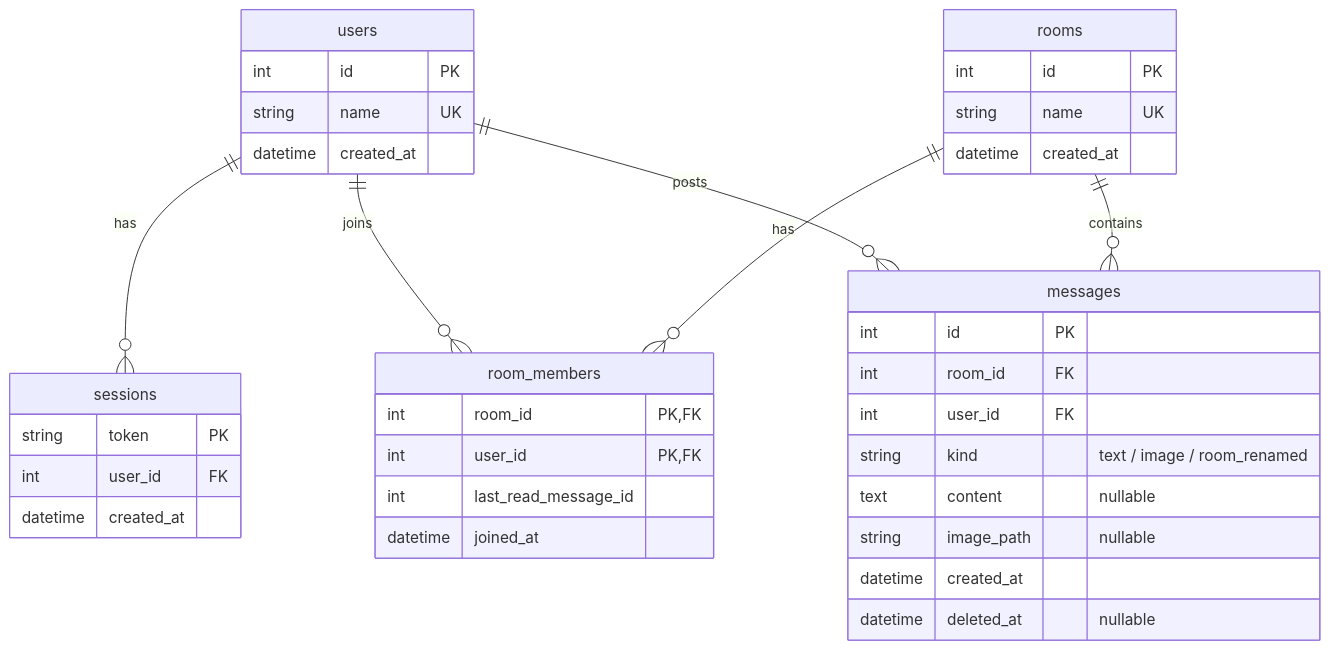
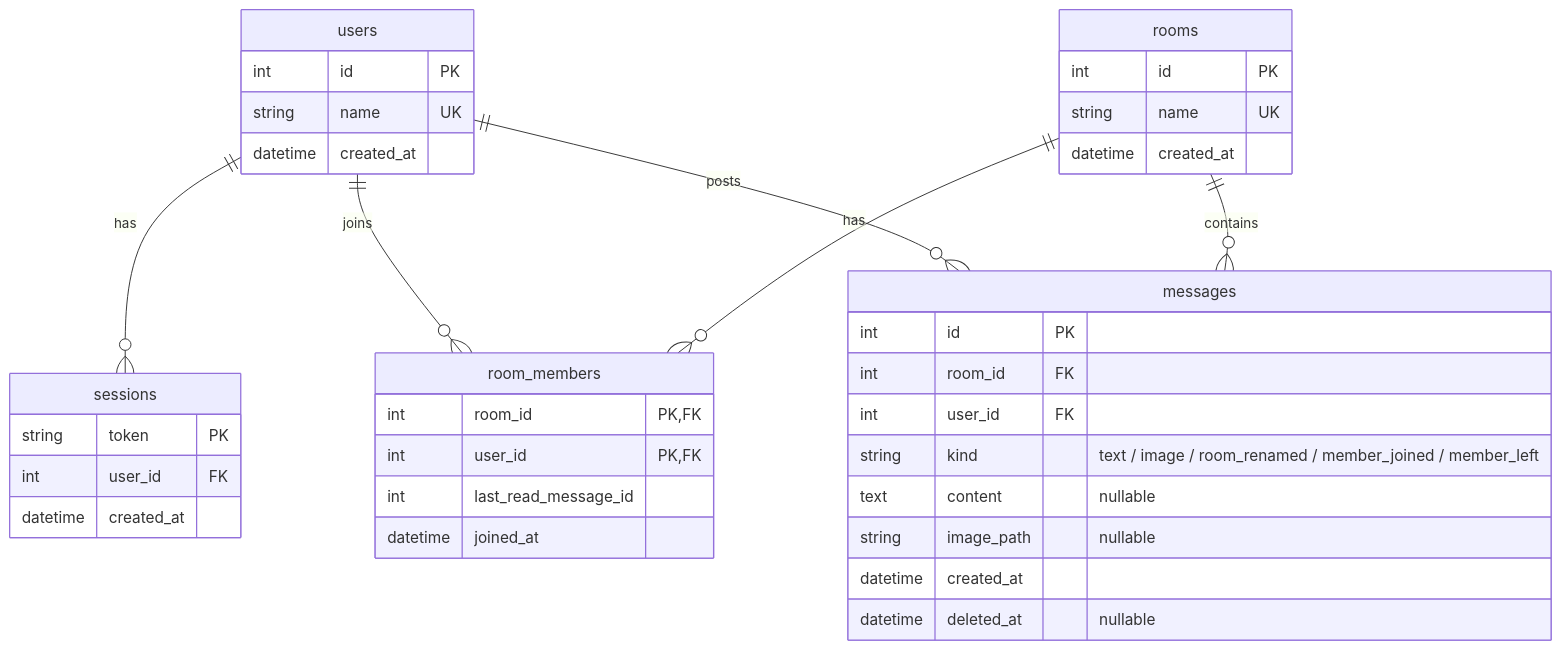
Before and after one commit to kakeru64-wq/Simple-Chat-App: the diagram in README.md, drawn with Mermaid. The commit also changed other lines of this file and 14 other files, not shown here.

````diff
--- a/README.md
+++ b/README.md
@@ -141,40 +142,40 @@
 ```mermaid
 erDiagram
     users ||--o{ sessions : has
     users ||--o{ room_members : joins
     rooms ||--o{ room_members : has
     users ||--o{ messages : posts
     rooms ||--o{ messages : contains
 
     users {
         int id PK
         string name UK
         datetime created_at
     }
     sessions {
         string token PK
         int user_id FK
         datetime created_at
     }
     rooms {
         int id PK
         string name UK
         datetime created_at
     }
     room_members {
         int room_id PK, FK
         int user_id PK, FK
         int last_read_message_id
         datetime joined_at
     }
     messages {
         int id PK
         int room_id FK
         int user_id FK
-        string kind "text / image / room_renamed"
+        string kind "text / image / room_renamed / member_joined / member_left"
         text content "nullable"
         string image_path "nullable"
         datetime created_at
         datetime deleted_at "nullable"
     }
 ```
````
